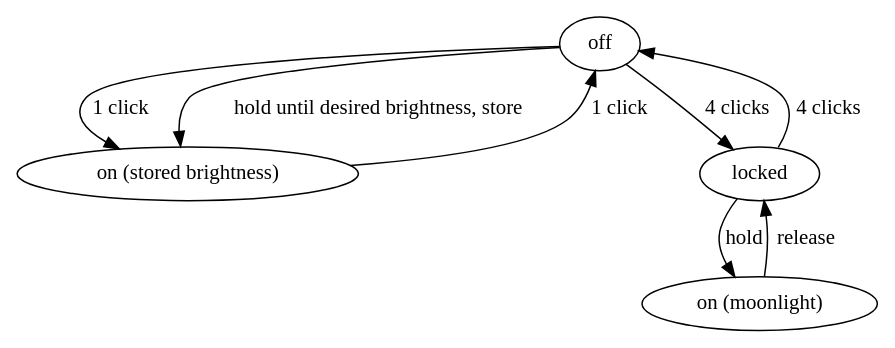
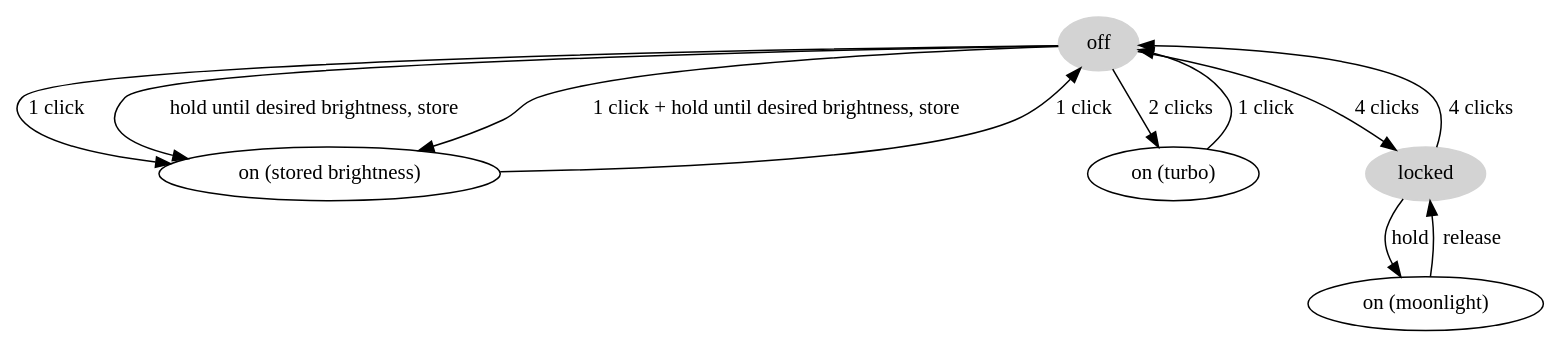
The diagram in ui.dot (mmb/anduril-ui-diagram), drawn with Graphviz before and after one commit. The commit also changed 2 other files, not shown here.

Commit message:
Add off to turbo and off to ramp down.
Give off states light grey background.

```diff
--- a/ui.dot
+++ b/ui.dot
@@ -1,9 +1,16 @@
 digraph {
+  off[style="filled",color="lightgrey"]
   off -> "on (stored brightness)"[label="1 click"];
   off -> "on (stored brightness)"[label="hold until desired brightness, store"];
+  off -> "on (turbo)"[label="2 clicks"];
+  off -> "on (stored brightness)"[label="1 click + hold until desired brightness, store"];
   off -> locked[label="4 clicks"];
+
+  locked[style="filled",color="lightgrey"]
   locked -> off[label="4 clicks"];
   locked -> "on (moonlight)"[label="hold"];
+
   "on (moonlight)" -> "locked"[label="release"];
   "on (stored brightness)" -> off[label="1 click"];
+  "on (turbo)" -> off[label="1 click"];
 }
```
